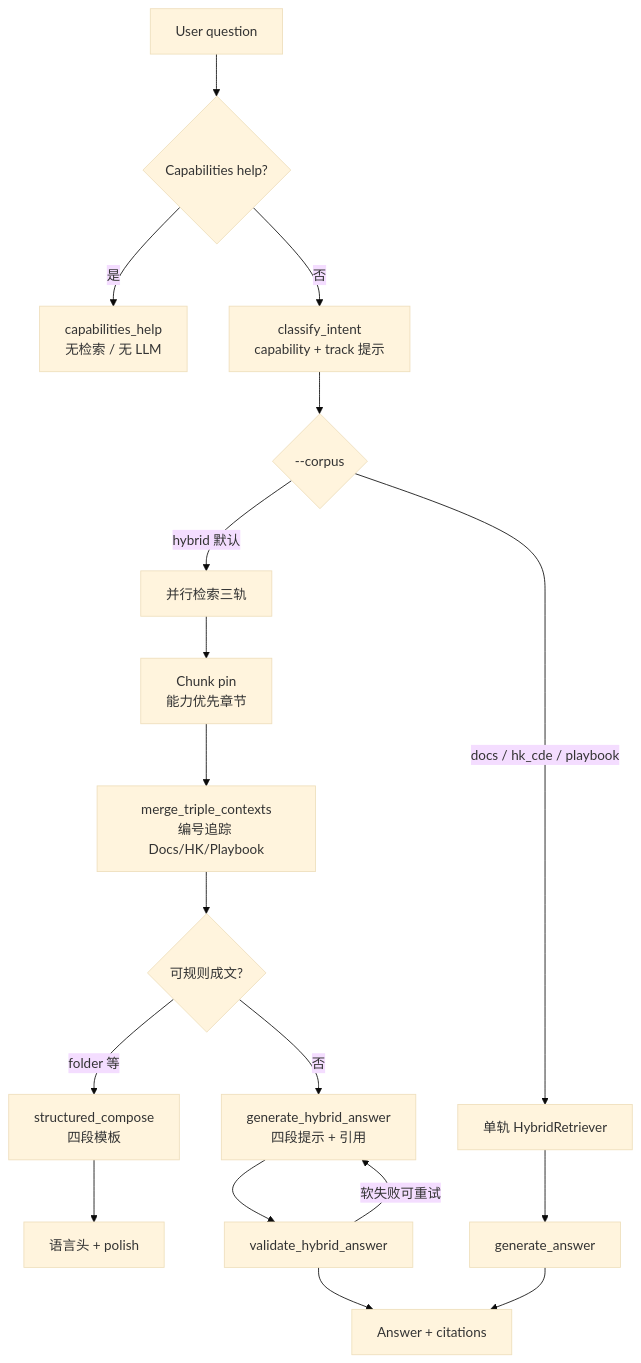
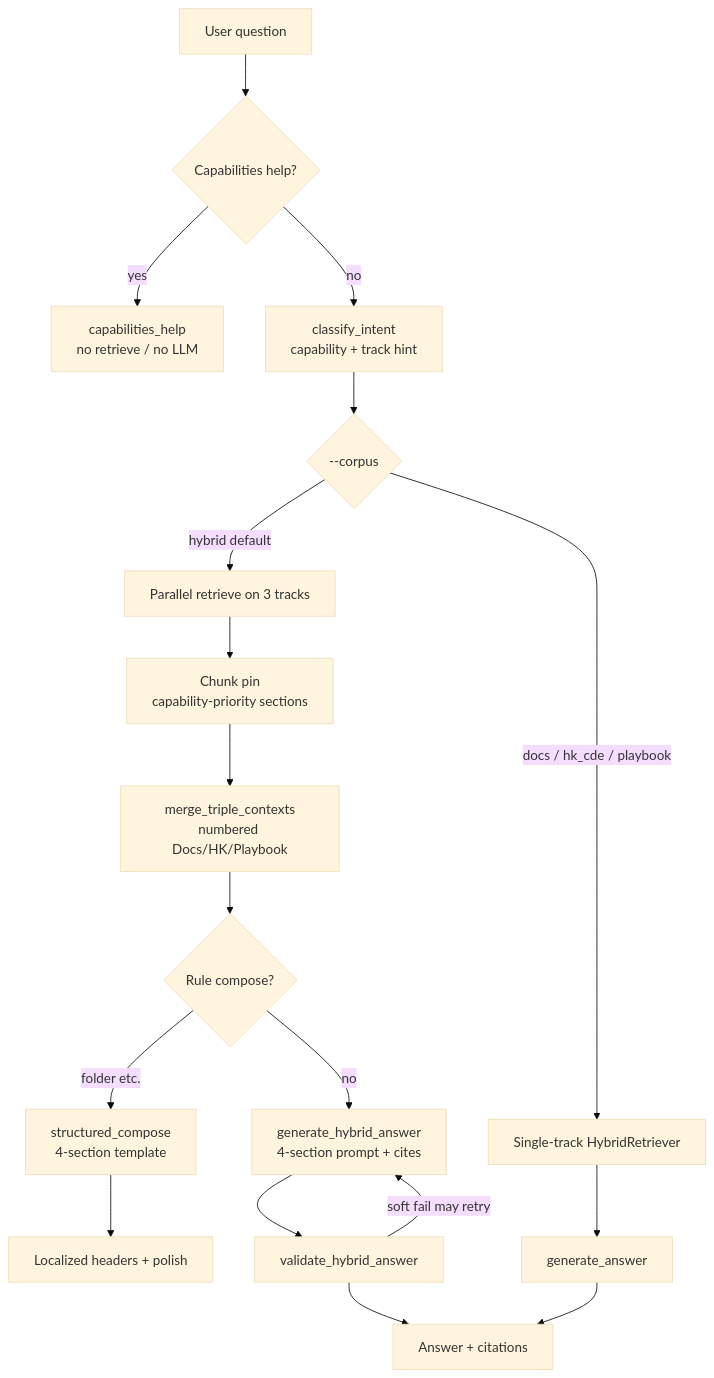
One commit to jesselei1102-hue/HK-BIM-CDE-Standard-x-ACC-RAG changed the diagram in README.md. Above: the diagram before and after it, drawn with Mermaid (base theme). The commit also changed other lines of this file, not shown here.

````diff
--- a/README.md
+++ b/README.md
@@ -30,20 +32,20 @@
 ```mermaid
 flowchart TD
   Q[User question] --> META{Capabilities help?}
-  META -->|是| HELP[capabilities_help<br/>无检索 / 无 LLM]
-  META -->|否| CL[classify_intent<br/>capability + track 提示]
+  META -->|yes| HELP[capabilities_help<br/>no retrieve / no LLM]
+  META -->|no| CL[classify_intent<br/>capability + track hint]
   CL --> CORPUS{--corpus}
-  CORPUS -->|docs / hk_cde / playbook| SINGLE[单轨 HybridRetriever]
-  CORPUS -->|hybrid 默认| PARA[并行检索三轨]
-  PARA --> PIN[Chunk pin<br/>能力优先章节]
-  PIN --> MERGE[merge_triple_contexts<br/>编号追踪 Docs/HK/Playbook]
-  MERGE --> COMPOSE{可规则成文?}
-  COMPOSE -->|folder 等| RULE[structured_compose<br/>四段模板]
-  COMPOSE -->|否| LLM[generate_hybrid_answer<br/>四段提示 + 引用]
-  RULE --> POLISH[语言头 + polish]
+  CORPUS -->|docs / hk_cde / playbook| SINGLE[Single-track HybridRetriever]
+  CORPUS -->|hybrid default| PARA[Parallel retrieve on 3 tracks]
+  PARA --> PIN[Chunk pin<br/>capability-priority sections]
+  PIN --> MERGE[merge_triple_contexts<br/>numbered Docs/HK/Playbook]
+  MERGE --> COMPOSE{Rule compose?}
+  COMPOSE -->|folder etc.| RULE[structured_compose<br/>4-section template]
+  COMPOSE -->|no| LLM[generate_hybrid_answer<br/>4-section prompt + cites]
+  RULE --> POLISH[Localized headers + polish]
   LLM --> VAL[validate_hybrid_answer]
-  VAL -->|软失败可重试| LLM
+  VAL -->|soft fail may retry| LLM
   VAL --> OUT[Answer + citations]
   SINGLE --> GEN[generate_answer]
   GEN --> OUT
 ```
````
